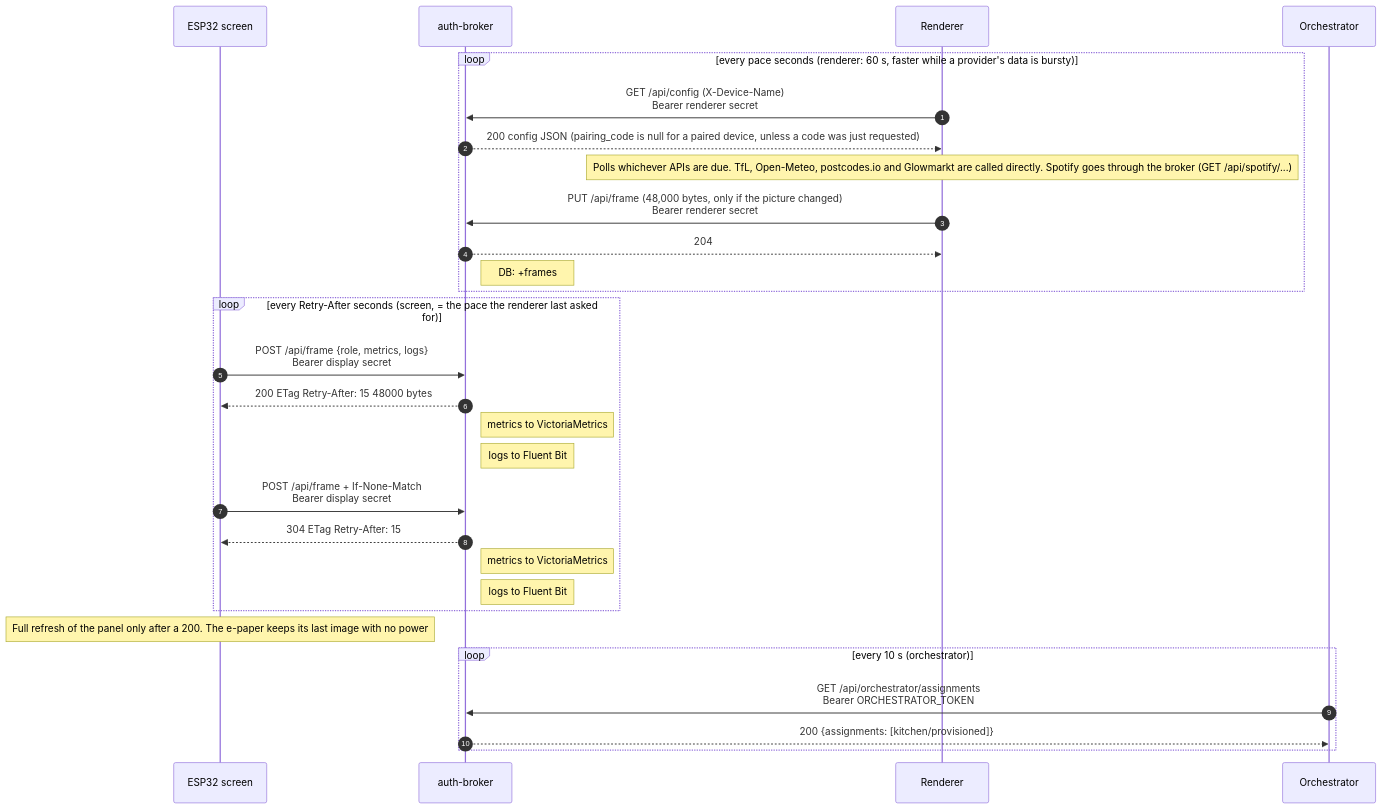
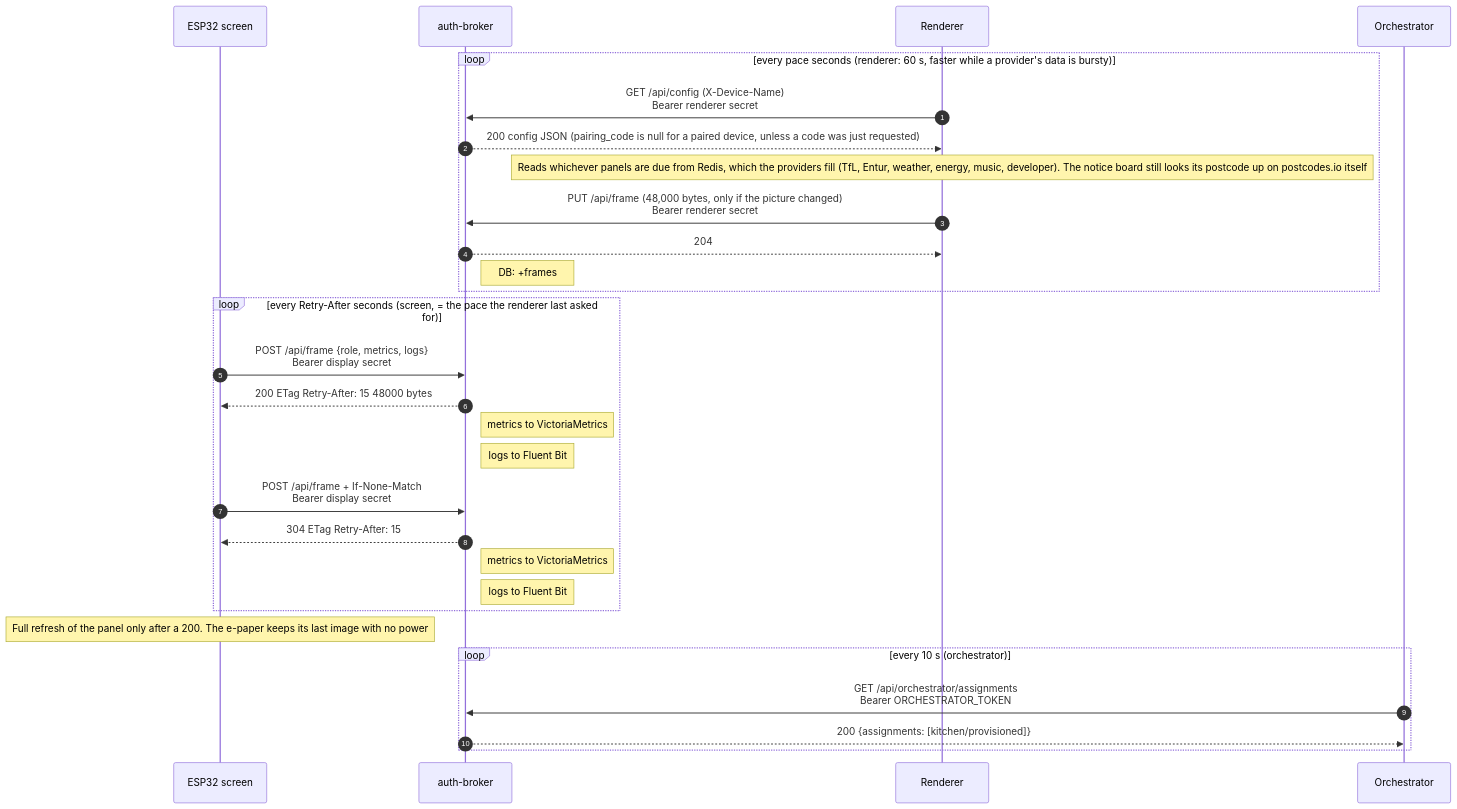
One commit to nvorkinn/auth-broker changed the seventh of 9 diagrams in docs/architecture.md. Above: the diagram before and after it, drawn with Mermaid. The commit also changed other lines of this file and 4 other files, not shown here.

````diff
--- a/docs/architecture.md
+++ b/docs/architecture.md
@@ -301,31 +301,31 @@
 ```mermaid
 sequenceDiagram
     autonumber
     participant S as ESP32 screen
     participant B as auth-broker
     participant R as Renderer
     participant O as Orchestrator
     loop every pace seconds (renderer: 60 s, faster while a provider's data is bursty)
         R->>B: GET /api/config (X-Device-Name)<br/>Bearer renderer secret
         B-->>R: 200 config JSON (pairing_code is null for a paired device, unless a code was just requested)
-        Note over R: Polls whichever APIs are due. TfL, Open-Meteo, postcodes.io and Glowmarkt are called directly. Spotify goes through the broker (GET /api/spotify/...)
+        Note over R: Reads whichever panels are due from Redis, which the providers fill (TfL, Entur, weather, energy, music, developer). The notice board still looks its postcode up on postcodes.io itself
         R->>B: PUT /api/frame (48,000 bytes, only if the picture changed)<br/>Bearer renderer secret
         B-->>R: 204
         Note right of B: DB: +frames
     end
     loop every Retry-After seconds (screen, = the pace the renderer last asked for)
         S->>B: POST /api/frame {role, metrics, logs}<br/>Bearer display secret
         B-->>S: 200 ETag Retry-After: 15 48000 bytes
         Note right of B: metrics to VictoriaMetrics
         Note right of B: logs to Fluent Bit
         S->>B: POST /api/frame + If-None-Match<br/>Bearer display secret
         B-->>S: 304 ETag Retry-After: 15
         Note right of B: metrics to VictoriaMetrics
         Note right of B: logs to Fluent Bit
     end
     Note over S: Full refresh of the panel only after a 200. The e-paper keeps its last image with no power
     loop every 10 s (orchestrator)
         O->>B: GET /api/orchestrator/assignments<br/>Bearer ORCHESTRATOR_TOKEN
         B-->>O: 200 {assignments: [kitchen/provisioned]}
     end
 ```
````
